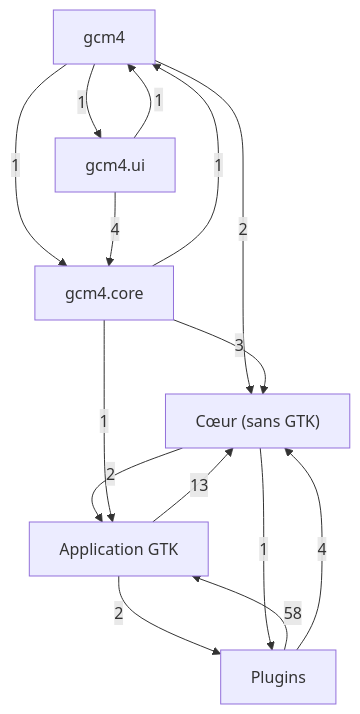
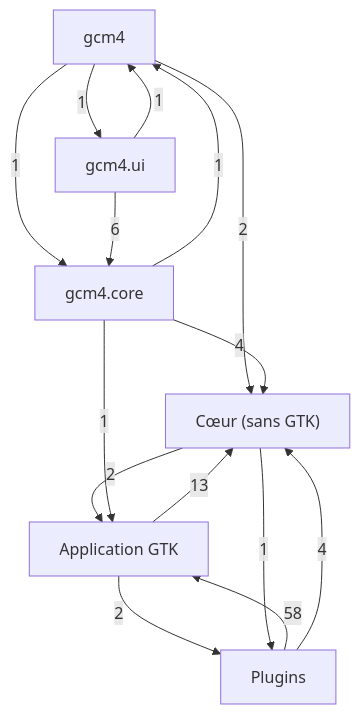
One commit to Mathide-Team/Gcm4 changed the first of 7 diagrams in docs/class-diagram.md. Above: the diagram before and after it, drawn with Mermaid. The commit also changed other lines of this file and 12 other files, not shown here.

````diff
--- a/docs/class-diagram.md
+++ b/docs/class-diagram.md
@@ -21,23 +21,23 @@
 ```mermaid
 flowchart TD
     g0["Cœur (sans GTK)"]
     g1["Application GTK"]
     g2["Plugins"]
     g3["gcm4"]
     g4["gcm4.core"]
     g5["gcm4.ui"]
     g1 -->|13| g0
     g1 -->|2| g2
     g0 -->|2| g1
     g0 -->|1| g2
     g2 -->|58| g1
     g2 -->|4| g0
     g3 -->|2| g0
     g3 -->|1| g4
     g3 -->|1| g5
     g4 -->|1| g1
-    g4 -->|3| g0
+    g4 -->|4| g0
     g4 -->|1| g3
     g5 -->|1| g3
-    g5 -->|4| g4
+    g5 -->|6| g4
 ```
````
